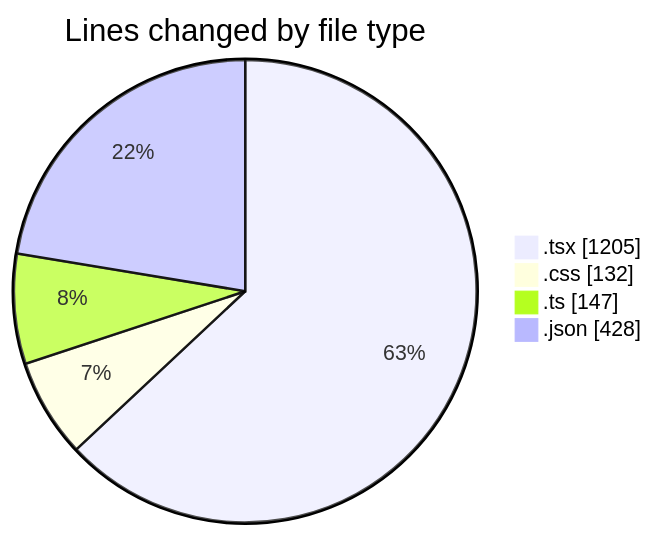
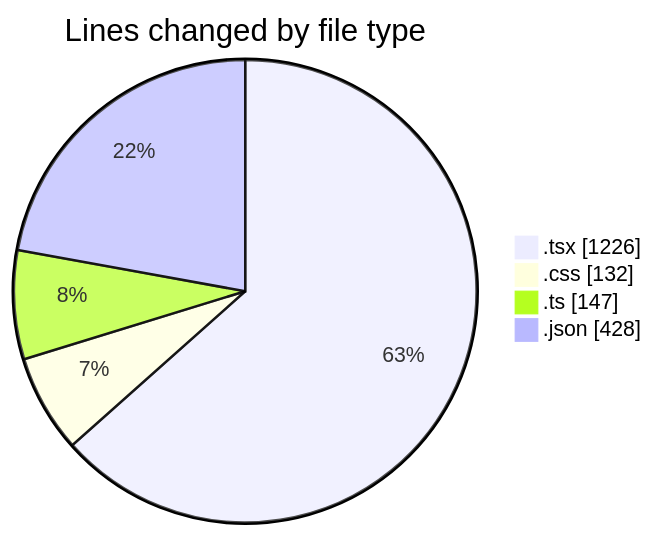
One commit to Elitesun/code-tracking changed the first of 2 diagrams in 2025-05-06/niten/README.md. Above: the diagram before and after it, drawn with Mermaid. The commit also changed other lines of this file and 1 other file, not shown here.

````diff
--- a/2025-05-06/niten/README.md
+++ b/2025-05-06/niten/README.md
@@ -43,8 +44,8 @@
 ```mermaid
 pie showData
 title Lines changed by file type
-".tsx" : 1205
+".tsx" : 1226
 ".css" : 132
 ".ts" : 147
 ".json" : 428
 ```
````
